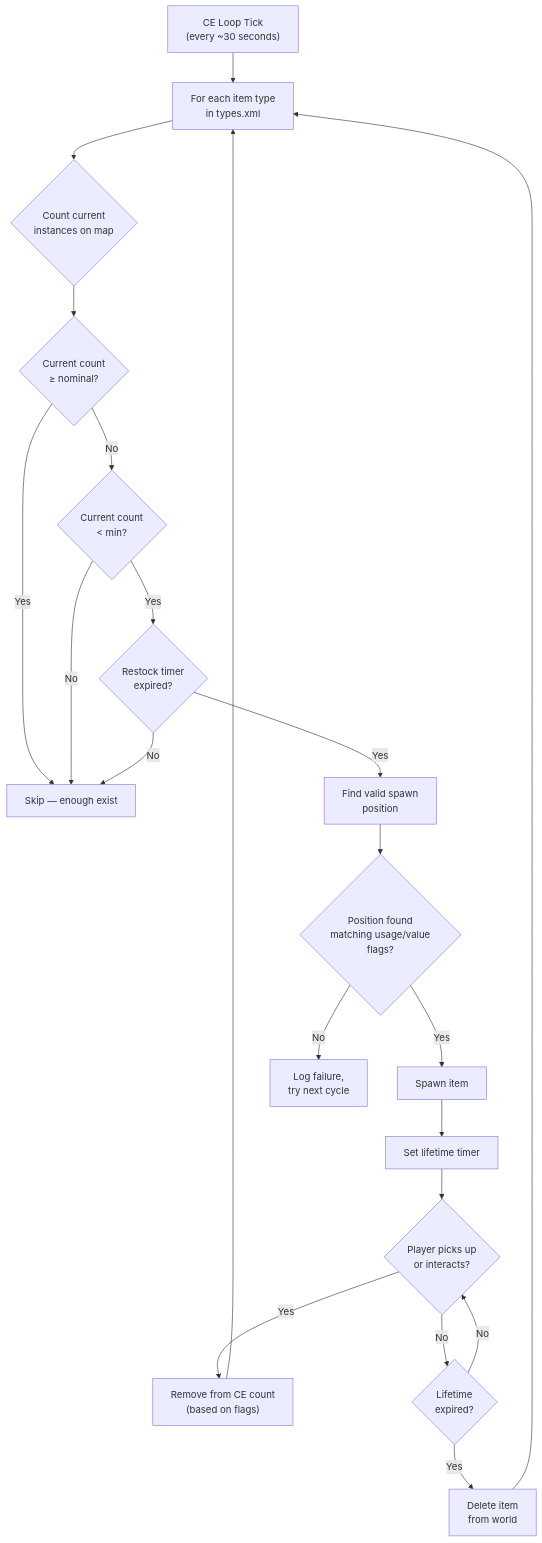
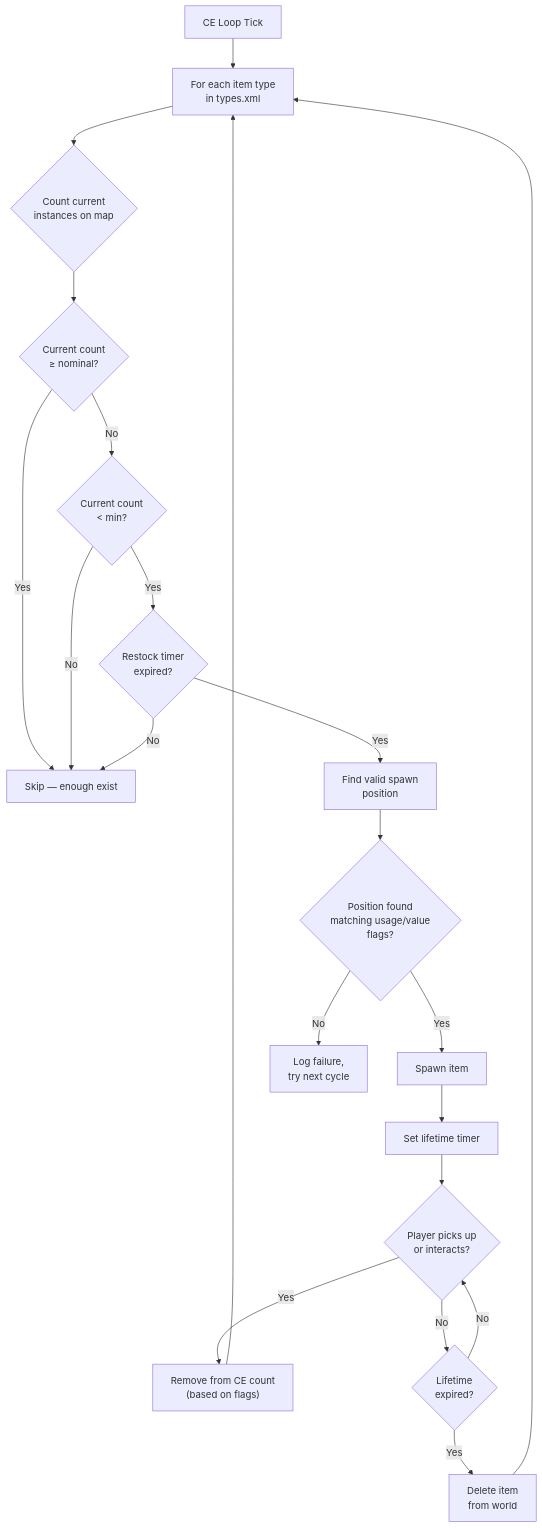
Before and after one commit to Da4EvaN00b/DayZ-Modding-Wiki: the diagram in en/09-server-admin/04-loot-economy.md, drawn with Mermaid. The commit also changed other lines of this file and 104 other files, not shown here.

````diff
--- a/en/09-server-admin/04-loot-economy.md
+++ b/en/09-server-admin/04-loot-economy.md
@@ -45,23 +67,23 @@
 ```mermaid
 flowchart TD
-    A["CE Loop Tick<br/>(every ~30 seconds)"] --> B["For each item type<br/>in types.xml"]
+    A["CE Loop Tick"] --> B["For each item type<br/>in types.xml"]
     B --> C{"Count current<br/>instances on map"}
     C --> D{"Current count<br/>≥ nominal?"}
     D -- Yes --> E["Skip — enough exist"]
     D -- No --> F{"Current count<br/>< min?"}
     F -- Yes --> G{"Restock timer<br/>expired?"}
     F -- No --> E
     G -- Yes --> H["Find valid spawn<br/>position"]
     G -- No --> E
     H --> I{"Position found<br/>matching usage/value<br/>flags?"}
     I -- Yes --> J["Spawn item"]
     I -- No --> K["Log failure,<br/>try next cycle"]
     J --> L["Set lifetime timer"]
     L --> M{"Player picks up<br/>or interacts?"}
     M -- Yes --> N["Remove from CE count<br/>(based on flags)"]
     M -- No --> O{"Lifetime<br/>expired?"}
     O -- Yes --> P["Delete item<br/>from world"]
     O -- No --> M
     P --> B
     N --> B
 ```
````
